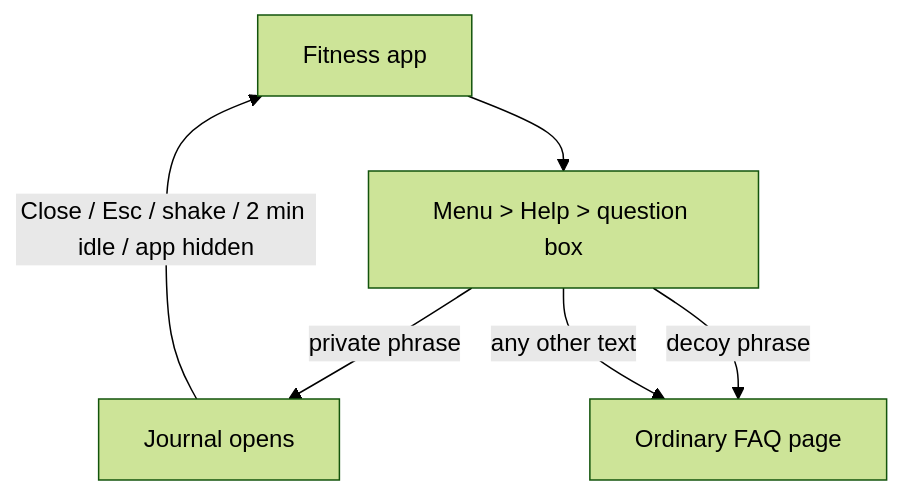
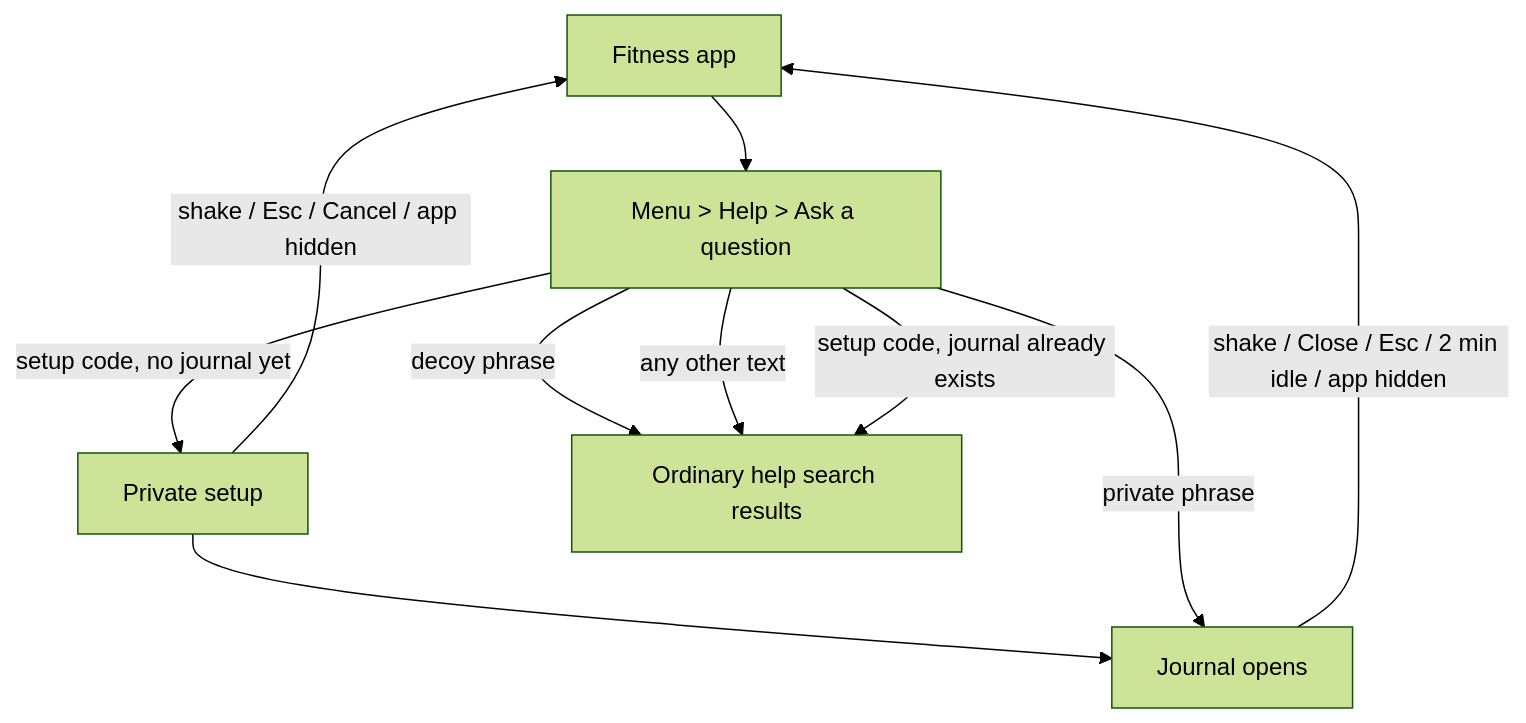
One commit to PopaAnastasia/CLAUDE-S-PLAN changed the diagram in README.md. Above: the diagram before and after it, drawn with Mermaid (forest theme). The commit also changed other lines of this file and 36 other files, not shown here.

````diff
--- a/README.md
+++ b/README.md
@@ -125,8 +163,12 @@
 ```mermaid
 flowchart TD
-    A[Fitness app] --> B[Menu > Help > question box]
+    A[Fitness app] --> B[Menu > Help > Ask a question]
+    B -->|setup code, no journal yet| S[Private setup]
+    S --> C
     B -->|private phrase| C[Journal opens]
-    B -->|decoy phrase| D[Ordinary FAQ page]
+    B -->|decoy phrase| D[Ordinary help search results]
     B -->|any other text| D
-    C -->|Close / Esc / shake / 2 min idle / app hidden| A
+    B -->|setup code, journal already exists| D
+    C -->|shake / Close / Esc / 2 min idle / app hidden| A
+    S -->|shake / Esc / Cancel / app hidden| A
 ```
````
